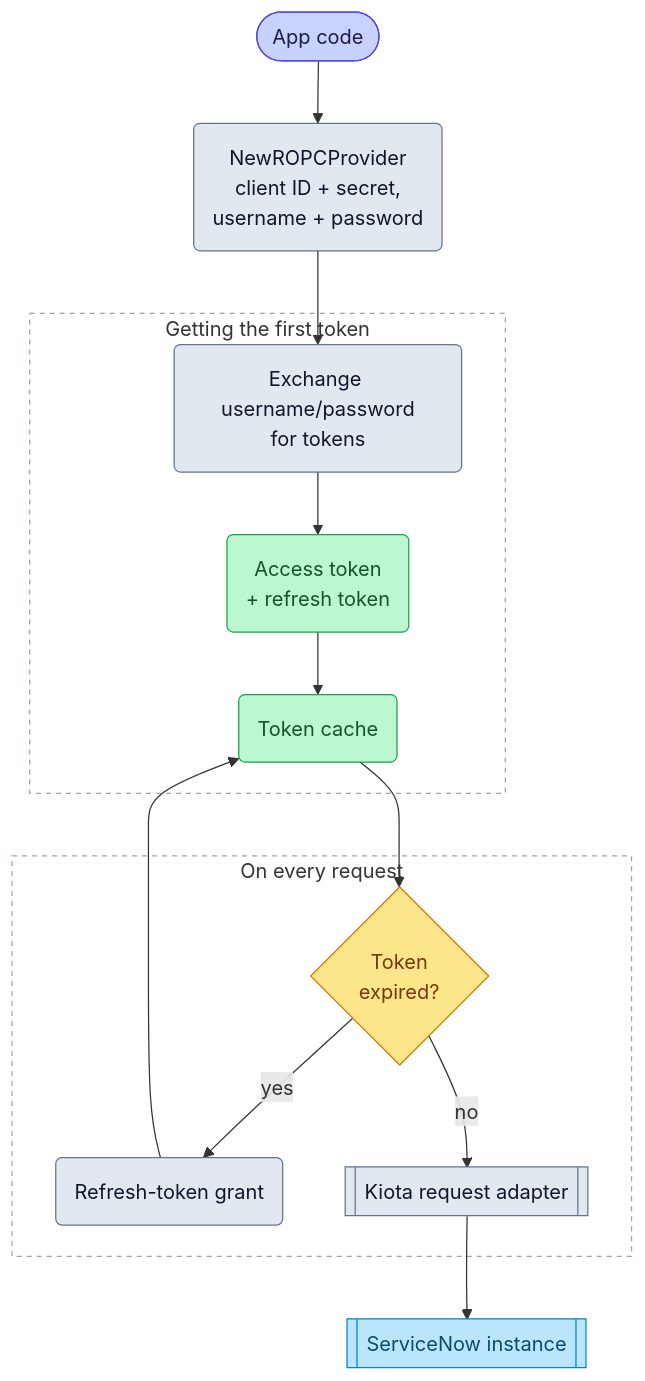
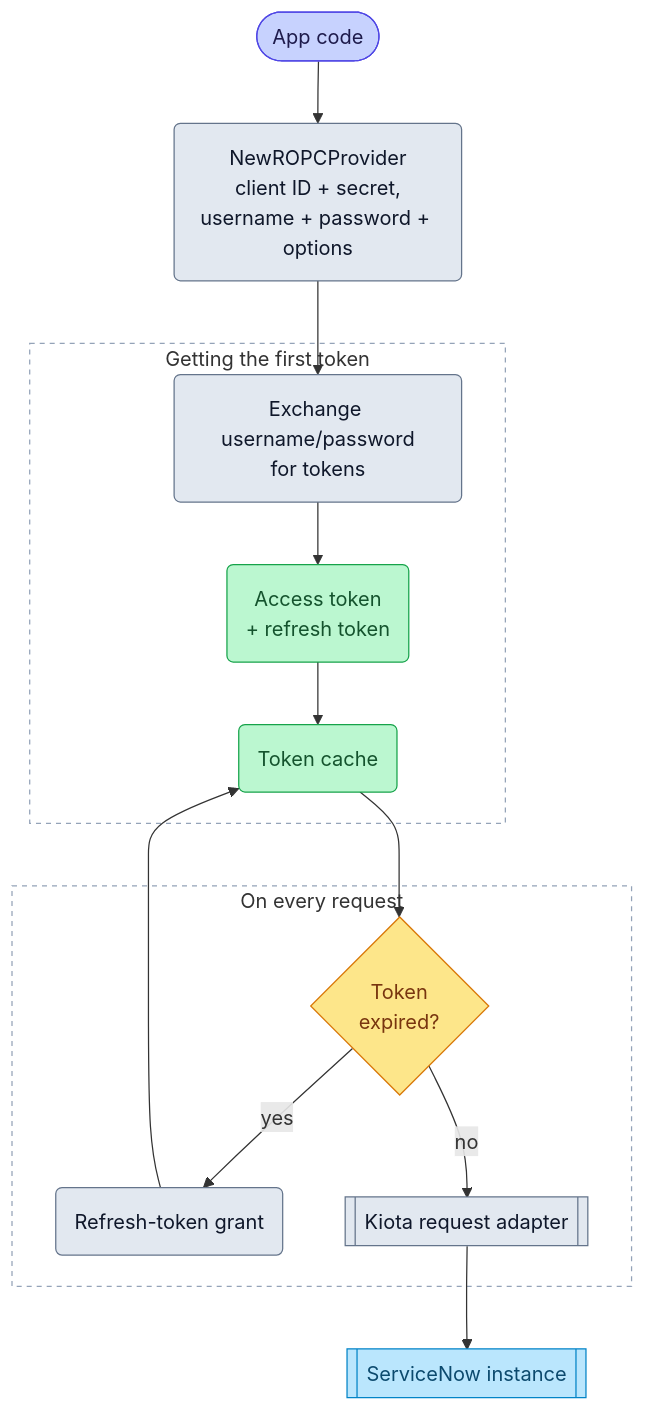
One commit to michaeldcanady/servicenow-sdk-go changed the diagram in website/docs/user-guide/authentication/ropc.mdx. Above: the diagram before and after it, drawn with Mermaid. The commit also changed 9 other files, not shown here.

````diff
--- a/website/docs/user-guide/authentication/ropc.mdx
+++ b/website/docs/user-guide/authentication/ropc.mdx
@@ -32,27 +32,27 @@
 ```mermaid
 flowchart TD
-    A([App code]):::app --> B(NewROPCProvider<br/>client ID + secret,<br/>username + password):::sdk
+    A([App code]):::app --> B(NewROPCProvider<br/>client ID + secret,<br/>username + password + options):::sdk
 
     subgraph acquire ["Getting the first token"]
         F(Exchange username/password<br/>for tokens):::sdk --> G(Access token<br/>+ refresh token):::token
         G --> H(Token cache):::token
     end
     B --> F
 
     subgraph request ["On every request"]
         I{Token<br/>expired?}:::decision
         I -- yes --> J(Refresh-token grant):::sdk
         I -- no --> K[[Kiota request adapter]]:::sdk
     end
     H --> I
     J --> H
     K --> L[[ServiceNow instance]]:::external
 
     classDef app fill:#c7d2fe,stroke:#4f46e5,color:#1e1b4b
     classDef sdk fill:#e2e8f0,stroke:#64748b,color:#0f172a
     classDef decision fill:#fde68a,stroke:#d97706,color:#78350f
     classDef token fill:#bbf7d0,stroke:#16a34a,color:#14532d
     classDef external fill:#bae6fd,stroke:#0284c7,color:#0c4a6e
     style acquire fill:transparent,stroke:#94a3b8,stroke-dasharray:4 4
     style request fill:transparent,stroke:#94a3b8,stroke-dasharray:4 4
 ```
````
